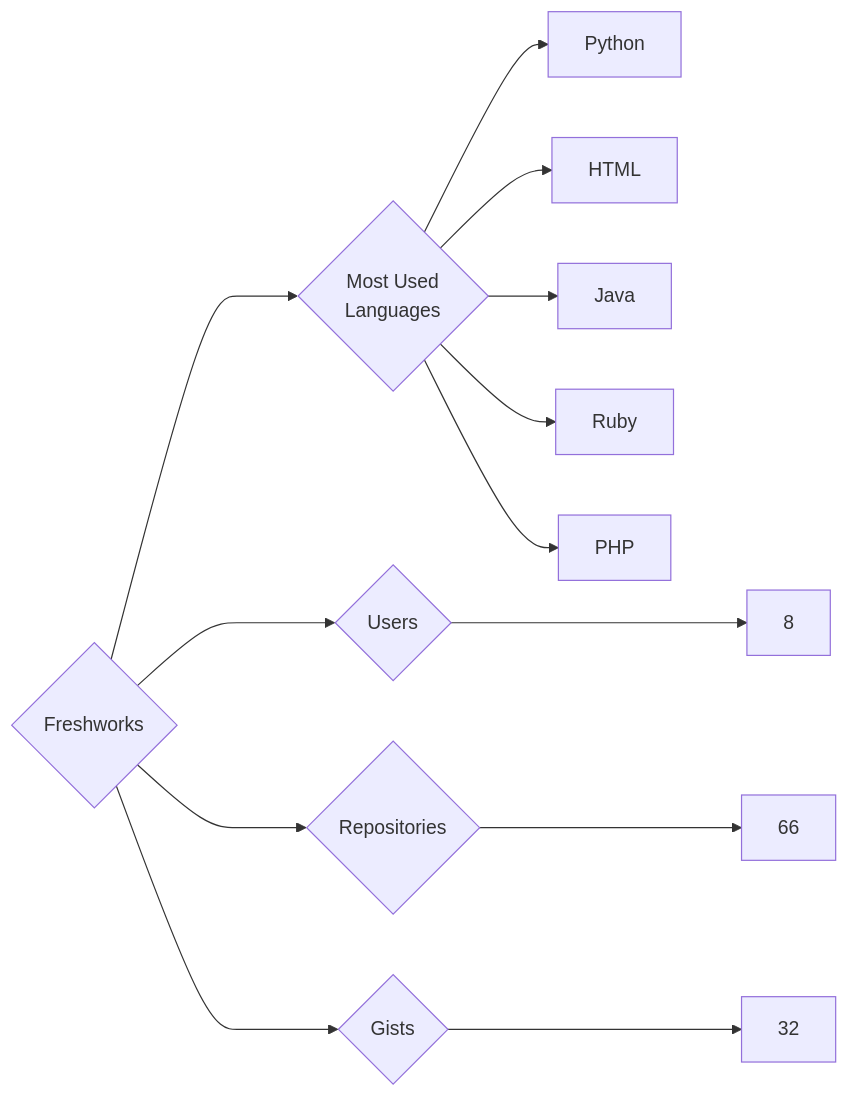
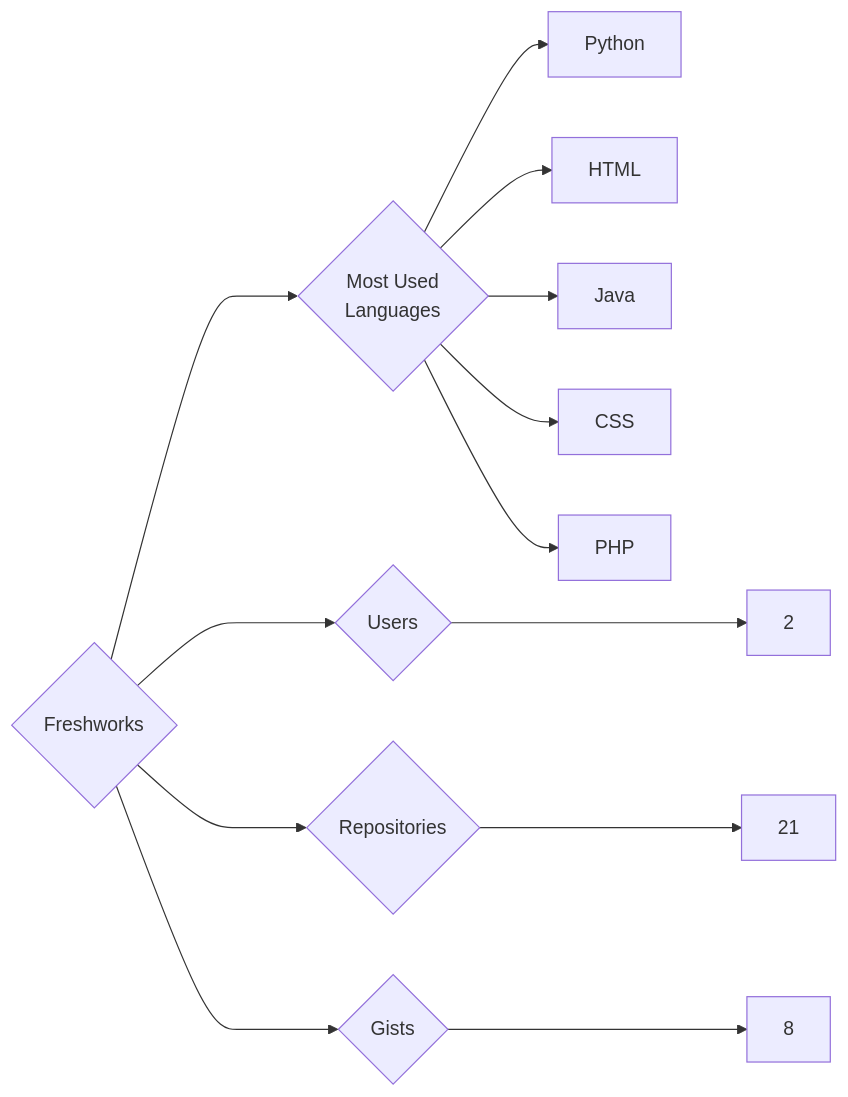
One commit to trickest/insiders changed the diagram in targets/Freshworks/README.md. Above: the diagram before and after it, drawn with Mermaid. The commit also changed 873 other files, not shown here.

````diff
--- a/targets/Freshworks/README.md
+++ b/targets/Freshworks/README.md
@@ -3,13 +3,13 @@
 ```mermaid
 graph LR
 COMPANY_NAME{Freshworks}
-COMPANY_NAME ---> U{Users} ---> UN[8]
-COMPANY_NAME ---> R{Repositories} ---> RN[66]
-COMPANY_NAME ---> G{Gists} ---> GN[32]
+COMPANY_NAME ---> U{Users} ---> UN[2]
+COMPANY_NAME ---> R{Repositories} ---> RN[21]
+COMPANY_NAME ---> G{Gists} ---> GN[8]
 COMPANY_NAME ---> ML{Most Used<br>Languages}
 ML --> Python[Python]
 ML --> HTML[HTML]
 ML --> Java[Java]
-ML --> Ruby[Ruby]
+ML --> CSS[CSS]
 ML --> PHP[PHP]
 ```
````
